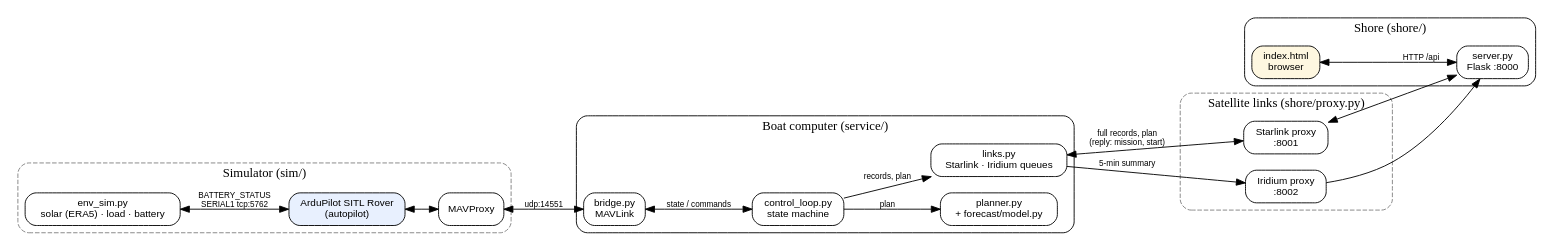
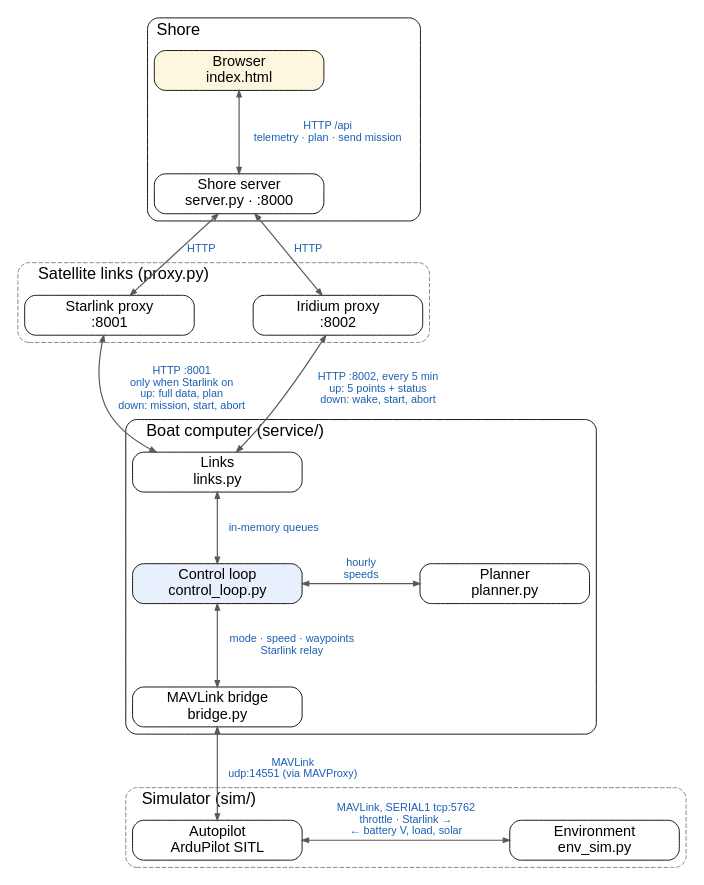
Before and after one commit to Xizesse/asv_power_manager: the diagram in docs/diagrams/components.dot, drawn with Graphviz. The commit also changed 38 other files, not shown here.

```diff
--- a/docs/diagrams/components.dot
+++ b/docs/diagrams/components.dot
@@ -1,45 +1,49 @@
-// Components: boat, links, shore, simulator. Render with docs/diagrams/render.sh
+// Components, top to bottom: shore, links, boat, simulator. Render with docs/diagrams/render.sh
 digraph components {
-  rankdir=LR; compound=true; newrank=true;
-  node [shape=box, style="rounded,filled", fillcolor=white, fontname="Helvetica", fontsize=11];
-  edge [fontname="Helvetica", fontsize=9];
+  rankdir=TB; newrank=true; nodesep=0.9; ranksep=0.9;
+  graph [fontname="Helvetica", fontsize=18, labeljust=l];
+  node  [shape=box, style="rounded,filled", fillcolor=white, fontname="Helvetica", fontsize=16, width=2.6];
+  edge  [fontname="Helvetica", fontsize=12, fontcolor="#1a5fb4", color=gray35, penwidth=1.3,
+         dir=both, arrowsize=0.7];
 
-  subgraph cluster_sim {
-    label="Simulator (sim/)"; style="rounded,dashed"; color=gray50;
-    sitl    [label="ArduPilot SITL Rover\n(autopilot)", fillcolor="#e8f0fe"];
-    envsim  [label="env_sim.py\nsolar (ERA5) · load · battery"];
-    mavproxy[label="MAVProxy"];
+  subgraph cluster_shore {
+    label="Shore"; style=rounded;
+    browser [label="Browser\nindex.html", fillcolor="#fef7e0", group=main];
+    server  [label="Shore server\nserver.py · :8000", group=main];
+  }
+
+  subgraph cluster_links {
+    label="Satellite links (proxy.py)"; style="rounded,dashed"; color=gray50;
+    pstar [label="Starlink proxy\n:8001"];
+    pirid [label="Iridium proxy\n:8002"];
   }
 
   subgraph cluster_boat {
     label="Boat computer (service/)"; style=rounded;
-    bridge  [label="bridge.py\nMAVLink"];
-    control [label="control_loop.py\nstate machine"];
-    planner [label="planner.py\n+ forecast/model.py"];
-    links   [label="links.py\nStarlink · Iridium queues"];
+    links   [label="Links\nlinks.py", group=main];
+    control [label="Control loop\ncontrol_loop.py", fillcolor="#e8f0fe", group=main];
+    planner [label="Planner\nplanner.py"];
+    bridge  [label="MAVLink bridge\nbridge.py", group=main];
   }
 
-  subgraph cluster_links {
-    label="Satellite links (shore/proxy.py)"; style="rounded,dashed"; color=gray50;
-    pstar [label="Starlink proxy\n:8001"];
-    pirid [label="Iridium proxy\n:8002"];
+  subgraph cluster_sim {
+    label="Simulator (sim/)"; style="rounded,dashed"; color=gray50;
+    sitl   [label="Autopilot\nArduPilot SITL", group=main];
+    envsim [label="Environment\nenv_sim.py"];
   }
 
-  subgraph cluster_shore {
-    label="Shore (shore/)"; style=rounded;
-    server  [label="server.py\nFlask :8000"];
-    browser [label="index.html\nbrowser", fillcolor="#fef7e0"];
-  }
+  browser -> server  [label="  HTTP /api\n  telemetry · plan · send mission"];
+  server  -> pstar   [label="HTTP  "];
+  server  -> pirid   [label="  HTTP"];
+  pstar   -> links   [label="HTTP :8001  \nonly when Starlink on  \nup: full data, plan  \ndown: mission, start, abort  "];
+  pirid   -> links   [label="  HTTP :8002, every 5 min\n  up: 5 points + status\n  down: wake, start, abort"];
+  links   -> control [label="  in-memory queues"];
+  control -> planner [label="hourly\nspeeds"];
+  control -> bridge  [label="  mode · speed · waypoints\n  Starlink relay"];
+  bridge  -> sitl    [label="  MAVLink\n  udp:14551 (via MAVProxy)"];
+  sitl    -> envsim  [label="MAVLink, SERIAL1 tcp:5762\nthrottle · Starlink → \n← battery V, load, solar"];
 
-  envsim   -> sitl     [label="BATTERY_STATUS\nSERIAL1 tcp:5762", dir=both];
-  sitl     -> mavproxy [dir=both];
-  mavproxy -> bridge   [label="udp:14551", dir=both];
-  bridge   -> control  [label="state / commands", dir=both];
-  control  -> planner  [label="plan"];
-  control  -> links    [label="records, plan"];
-  links    -> pstar    [label="full records, plan\n(reply: mission, start)", dir=both];
-  links    -> pirid    [label="5-min summary"];
-  pstar    -> server   [dir=both];
-  pirid    -> server;
-  browser  -> server   [label="HTTP /api", dir=both];
+  { rank=same; pstar; pirid; }
+  { rank=same; control; planner; }
+  { rank=same; sitl; envsim; }
 }
```
